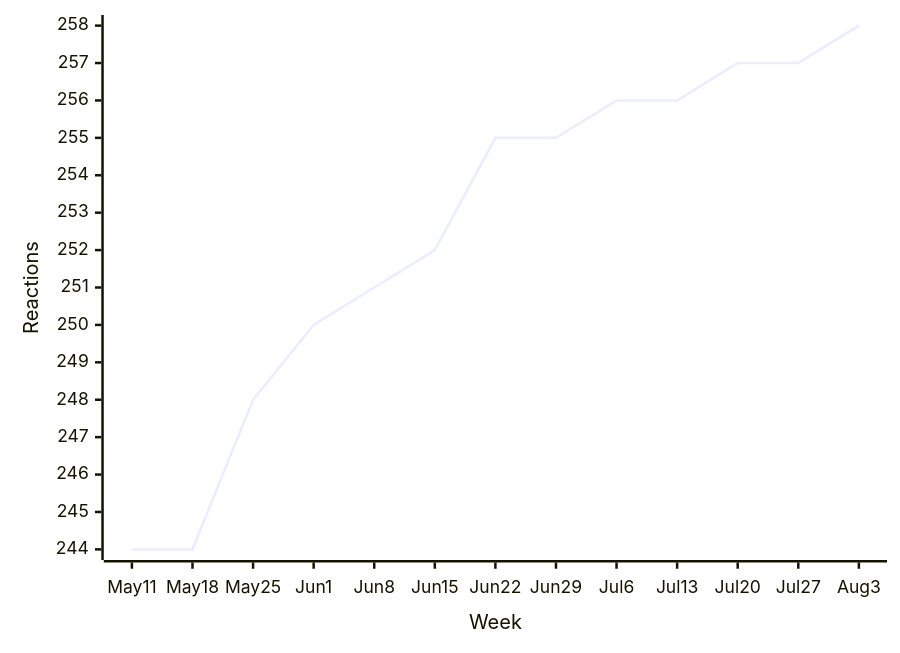
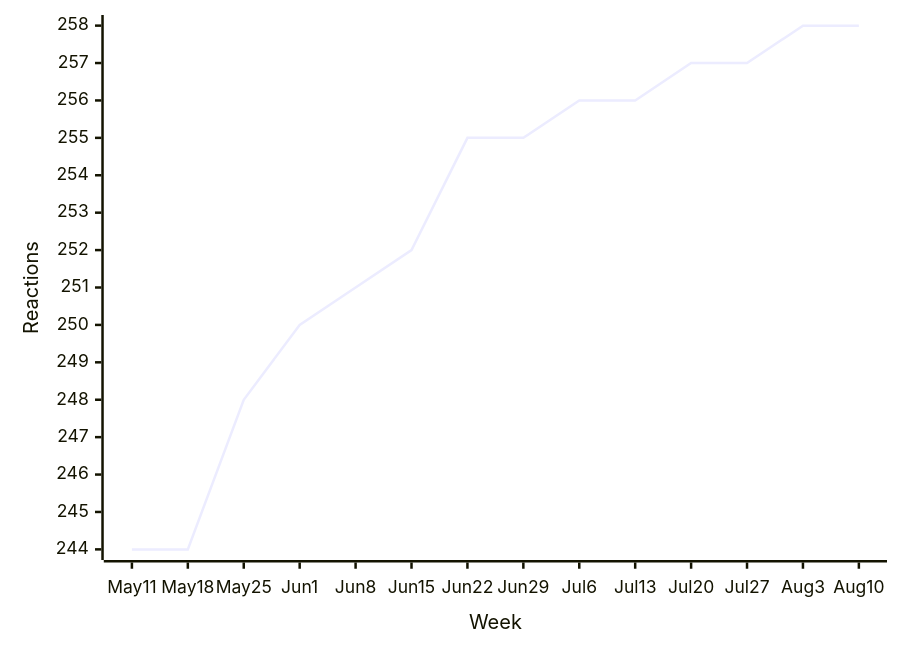
Before and after one commit to loic-sharma/github-insights: diagram 13 of 43 in README.md, drawn with Mermaid. The commit also changed other lines of this file and 3 other files, not shown here.

````diff
--- a/README.md
+++ b/README.md
@@ -543,6 +543,6 @@
   ```mermaid
   xychart-beta
-    x-axis "Week" [May 11, May 18, May 25, Jun 1, Jun 8, Jun 15, Jun 22, Jun 29, Jul 6, Jul 13, Jul 20, Jul 27, Aug 3]
+    x-axis "Week" [May 11, May 18, May 25, Jun 1, Jun 8, Jun 15, Jun 22, Jun 29, Jul 6, Jul 13, Jul 20, Jul 27, Aug 3, Aug 10]
     y-axis "Reactions"
-    line [244, 244, 248, 250, 251, 252, 255, 255, 256, 256, 257, 257, 258]
+    line [244, 244, 248, 250, 251, 252, 255, 255, 256, 256, 257, 257, 258, 258]
   ```
````
